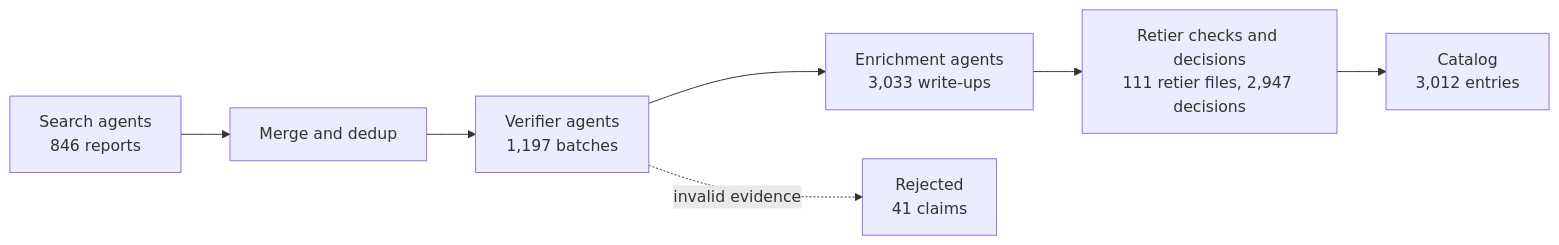
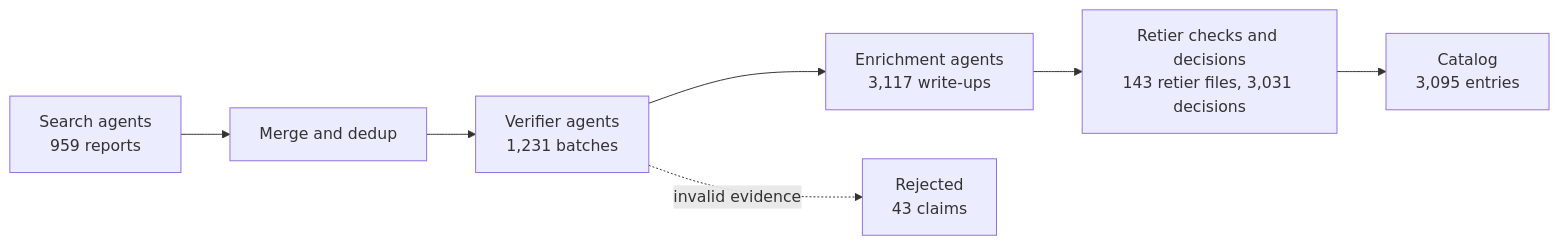
The diagram in README.md (harrisjib216/fastplusplus), drawn with Mermaid before and after one commit. The commit also changed other lines of this file and 655 other files, not shown here.

````diff
--- a/README.md
+++ b/README.md
@@ -116,9 +116,9 @@
 ```mermaid
 flowchart LR
-  S["Search agents<br/>846 reports"] --> M["Merge and dedup"]
-  M --> V["Verifier agents<br/>1,197 batches"]
-  V --> E["Enrichment agents<br/>3,033 write-ups"]
-  E --> R["Retier checks and decisions<br/>111 retier files, 2,947 decisions"]
-  R --> C["Catalog<br/>3,012 entries"]
-  V -. invalid evidence .-> X["Rejected<br/>41 claims"]
+  S["Search agents<br/>959 reports"] --> M["Merge and dedup"]
+  M --> V["Verifier agents<br/>1,231 batches"]
+  V --> E["Enrichment agents<br/>3,117 write-ups"]
+  E --> R["Retier checks and decisions<br/>143 retier files, 3,031 decisions"]
+  R --> C["Catalog<br/>3,095 entries"]
+  V -. invalid evidence .-> X["Rejected<br/>43 claims"]
 ```
````
